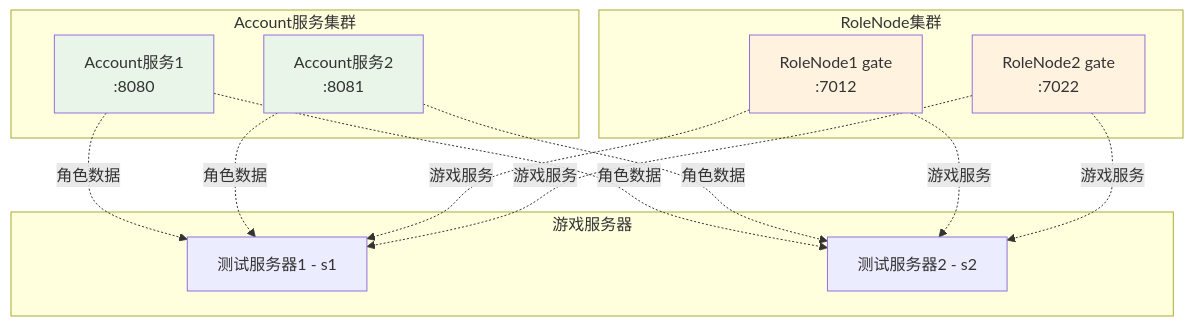
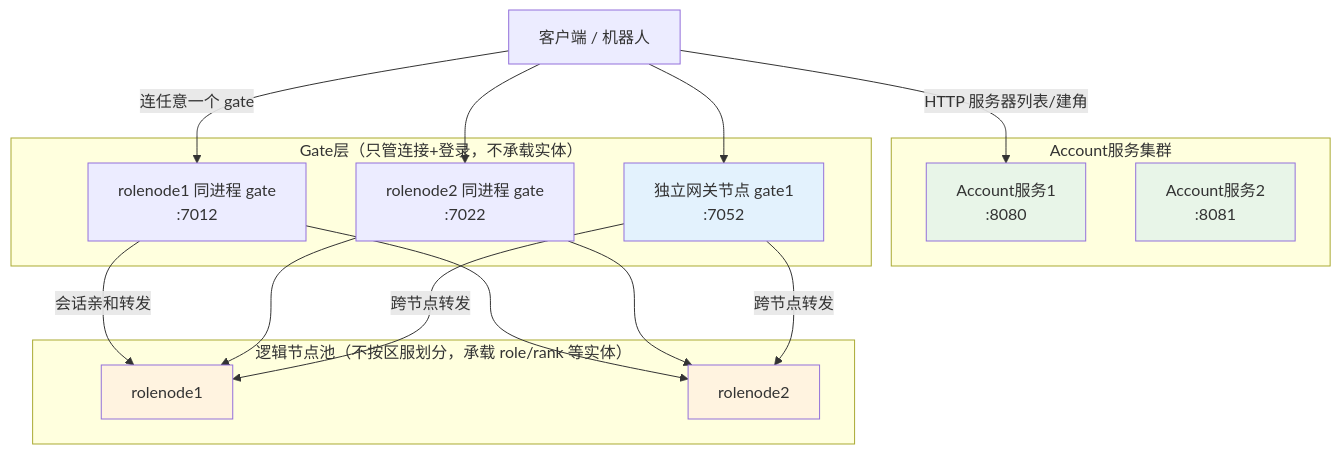
The fourth of 6 diagrams in docs/guide/login_diagram.md (hanxi/skyext), drawn with Mermaid before and after one commit. The commit also changed other lines of this file and 8 other files, not shown here.

````diff
--- a/docs/guide/login_diagram.md
+++ b/docs/guide/login_diagram.md
@@ -128,32 +125,38 @@
 ```mermaid
 graph TB
+    Client[客户端 / 机器人]
+
     subgraph "Account服务集群"
         Account1[Account服务1<br/>:8080]
         Account2[Account服务2<br/>:8081]
     end
 
-    subgraph "RoleNode集群"
-        RoleNode1[RoleNode1 gate<br/>:7012]
-        RoleNode2[RoleNode2 gate<br/>:7022]
+    subgraph "Gate层（只管连接+登录，不承载实体）"
+        GateR1[rolenode1 同进程 gate<br/>:7012]
+        GateR2[rolenode2 同进程 gate<br/>:7022]
+        Gate1[独立网关节点 gate1<br/>:7052]
     end
 
-    subgraph "游戏服务器"
-        S1[测试服务器1 - s1]
-        S2[测试服务器2 - s2]
+    subgraph "逻辑节点池（不按区服划分，承载 role/rank 等实体）"
+        RoleNode1[rolenode1]
+        RoleNode2[rolenode2]
     end
 
-    Account1 -.->|角色数据| S1
-    Account1 -.->|角色数据| S2
-    Account2 -.->|角色数据| S1
-    Account2 -.->|角色数据| S2
+    Client -->|HTTP 服务器列表/建角| Account1
+    Client -->|连任意一个 gate| GateR1
+    Client --> GateR2
+    Client --> Gate1
 
-    RoleNode1 -.->|游戏服务| S1
-    RoleNode1 -.->|游戏服务| S2
-    RoleNode2 -.->|游戏服务| S1
-    RoleNode2 -.->|游戏服务| S2
+    GateR1 -->|会话亲和转发| RoleNode1
+    GateR1 --> RoleNode2
+    GateR2 --> RoleNode1
+    GateR2 --> RoleNode2
+    Gate1 -->|跨节点转发| RoleNode1
+    Gate1 -->|跨节点转发| RoleNode2
 
     style Account1 fill:#e8f5e8
     style Account2 fill:#e8f5e8
+    style Gate1 fill:#e3f2fd
     style RoleNode1 fill:#fff3e0
     style RoleNode2 fill:#fff3e0
 ```
````
